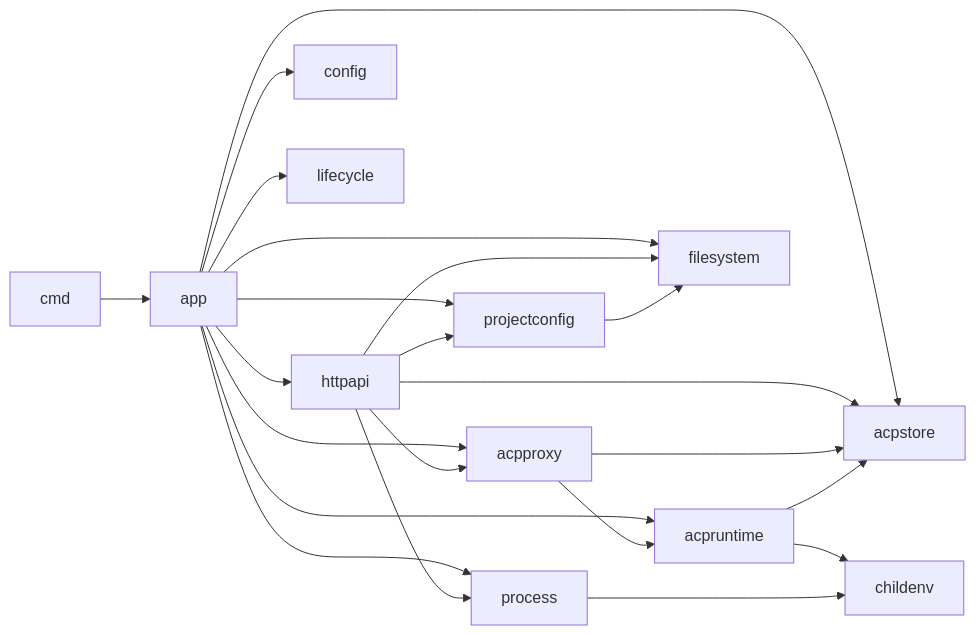
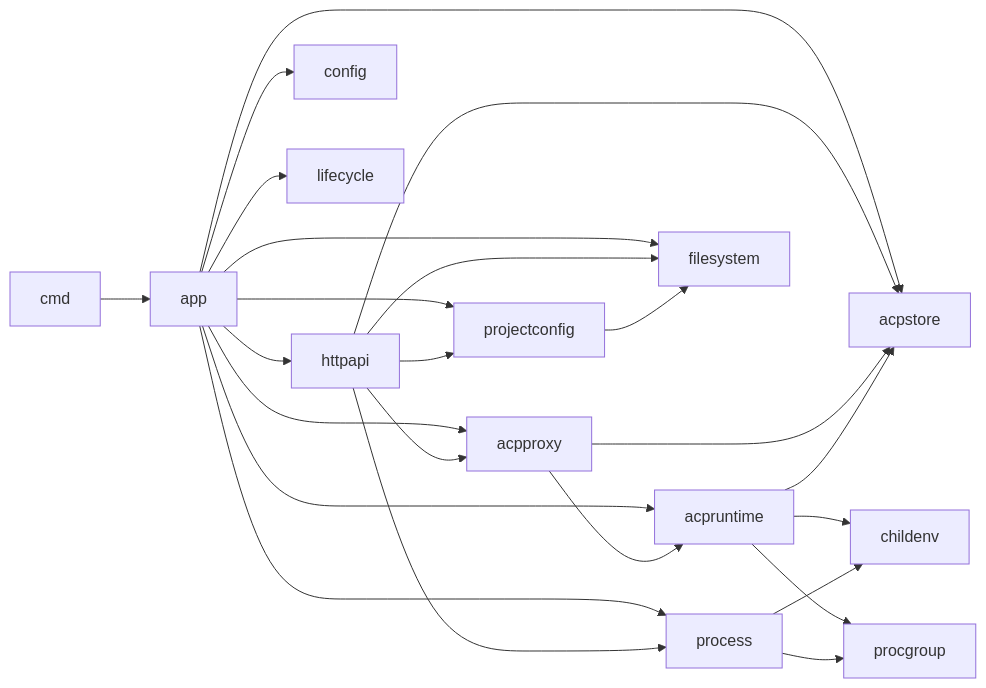
Before and after one commit to viethoangcr/agent-bridge: the diagram in docs/references/go-project-layout.md, drawn with Mermaid. The commit also changed other lines of this file and 147 other files, not shown here.

````diff
--- a/docs/references/go-project-layout.md
+++ b/docs/references/go-project-layout.md
@@ -82,24 +84,26 @@
 ```mermaid
 flowchart LR
   cmd --> app
   app --> httpapi
   app --> acpproxy
   app --> acpstore
   app --> acpruntime
   app --> process
   app --> filesystem
   app --> projectconfig
   app --> config
   app --> lifecycle
   httpapi --> acpproxy
   httpapi --> acpstore
   httpapi --> process
   httpapi --> filesystem
   httpapi --> projectconfig
   acpproxy --> acpruntime
   acpproxy --> acpstore
   acpruntime --> acpstore
   acpruntime --> childenv
+  acpruntime --> procgroup
   process --> childenv
+  process --> procgroup
   projectconfig --> filesystem
 ```
````
